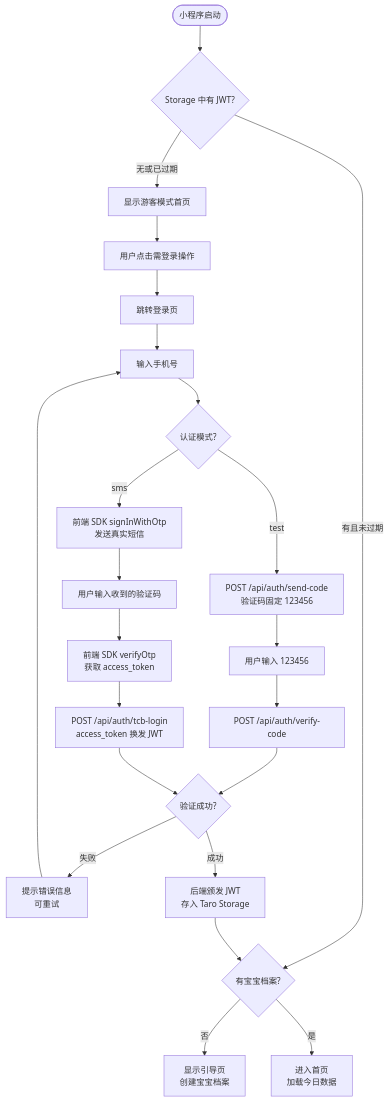
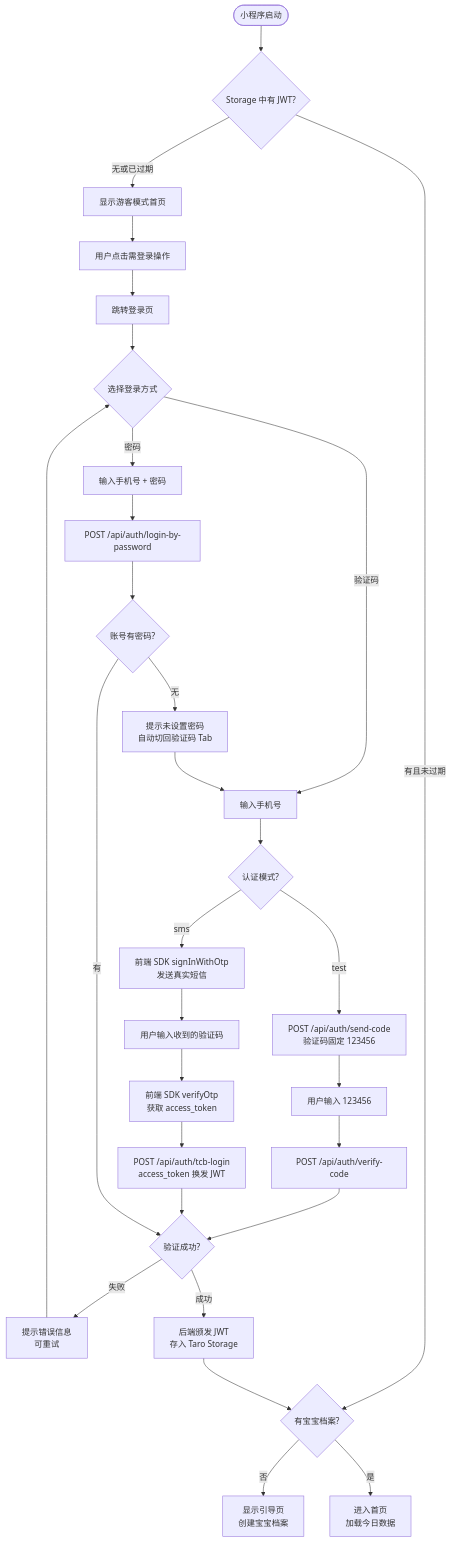
Before and after one commit to BingBlog/minicare: the diagram in docs/features/F01-auth.md, drawn with Mermaid. The commit also changed other lines of this file and 34 other files, not shown here.

````diff
--- a/docs/features/F01-auth.md
+++ b/docs/features/F01-auth.md
@@ -33,25 +73,35 @@
 ```mermaid
 flowchart TD
     A([小程序启动]) --> B{Storage 中有 JWT?}
     B -- 有且未过期 --> C{有宝宝档案?}
     B -- 无或已过期 --> D[显示游客模式首页]
     D --> E[用户点击需登录操作]
     E --> F[跳转登录页]
-    F --> G[输入手机号]
+    F --> M{选择登录方式}
+
+    M -- 验证码 --> G[输入手机号]
     G --> H{认证模式?}
     H -- sms --> I[前端 SDK signInWithOtp<br/>发送真实短信]
     H -- test --> J[POST /api/auth/send-code<br/>验证码固定 123456]
     I --> K[用户输入收到的验证码]
     J --> K1[用户输入 123456]
     K --> L1[前端 SDK verifyOtp<br/>获取 access_token]
     K1 --> L2[POST /api/auth/verify-code]
     L1 --> L3[POST /api/auth/tcb-login<br/>access_token 换发 JWT]
-    L2 --> M{验证成功?}
-    L3 --> M
-    M -- 失败 --> N[提示错误信息<br/>可重试]
-    N --> G
-    M -- 成功 --> O[后端颁发 JWT<br/>存入 Taro Storage]
-    O --> C
-    C -- 否 --> P[显示引导页<br/>创建宝宝档案]
-    C -- 是 --> Q[进入首页<br/>加载今日数据]
+    L2 --> N{验证成功?}
+    L3 --> N
+
+    M -- 密码 --> P[输入手机号 + 密码]
+    P --> P1[POST /api/auth/login-by-password]
+    P1 --> P2{账号有密码?}
+    P2 -- 无 --> P3[提示未设置密码<br/>自动切回验证码 Tab]
+    P3 --> G
+    P2 -- 有 --> N
+
+    N -- 失败 --> O1[提示错误信息<br/>可重试]
+    O1 --> M
+    N -- 成功 --> Q[后端颁发 JWT<br/>存入 Taro Storage]
+    Q --> C
+    C -- 否 --> R[显示引导页<br/>创建宝宝档案]
+    C -- 是 --> S[进入首页<br/>加载今日数据]
 ```
````
